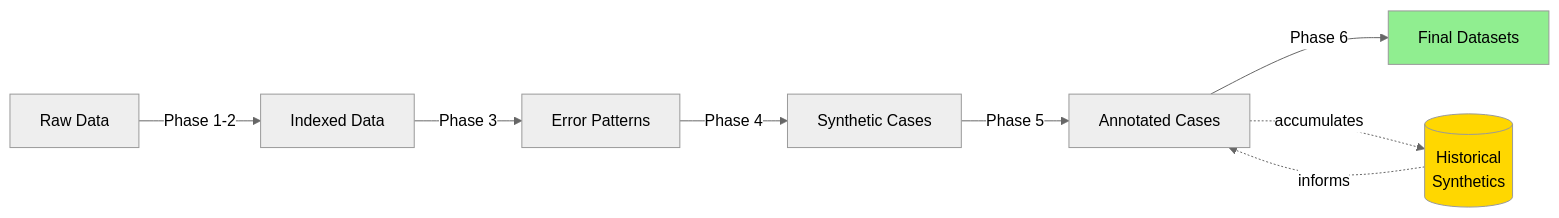
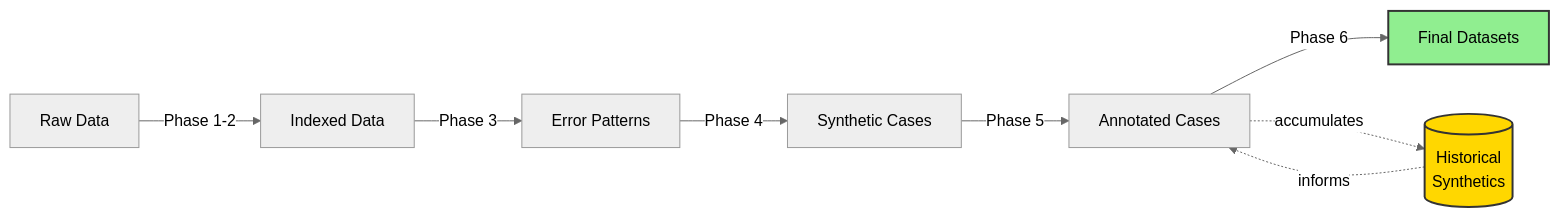
One commit to arteaga-uux/Edge-Case-Annotator-Agent changed diagram 13 of 15 in ARCHITECTURE.md. Above: the diagram before and after it, drawn with Mermaid (neutral theme). The commit also changed other lines of this file and 1 other file, not shown here.

````diff
--- a/ARCHITECTURE.md
+++ b/ARCHITECTURE.md
@@ -416,14 +416,14 @@
 ```mermaid
 graph LR
     A[Raw Data] -->|Phase 1-2| B[Indexed Data]
     B -->|Phase 3| C[Error Patterns]
     C -->|Phase 4| D[Synthetic Cases]
     D -->|Phase 5| E[Annotated Cases]
     E -->|Phase 6| F[Final Datasets]
     
     E -.->|accumulates| G[(Historical<br/>Synthetics)]
     G -.->|informs| E
     
-    style F fill:#90EE90
-    style G fill:#FFD700
+    style F fill:#90EE90,stroke:#333,stroke-width:2px,color:#000
+    style G fill:#FFD700,stroke:#333,stroke-width:2px,color:#000
 ```
````
